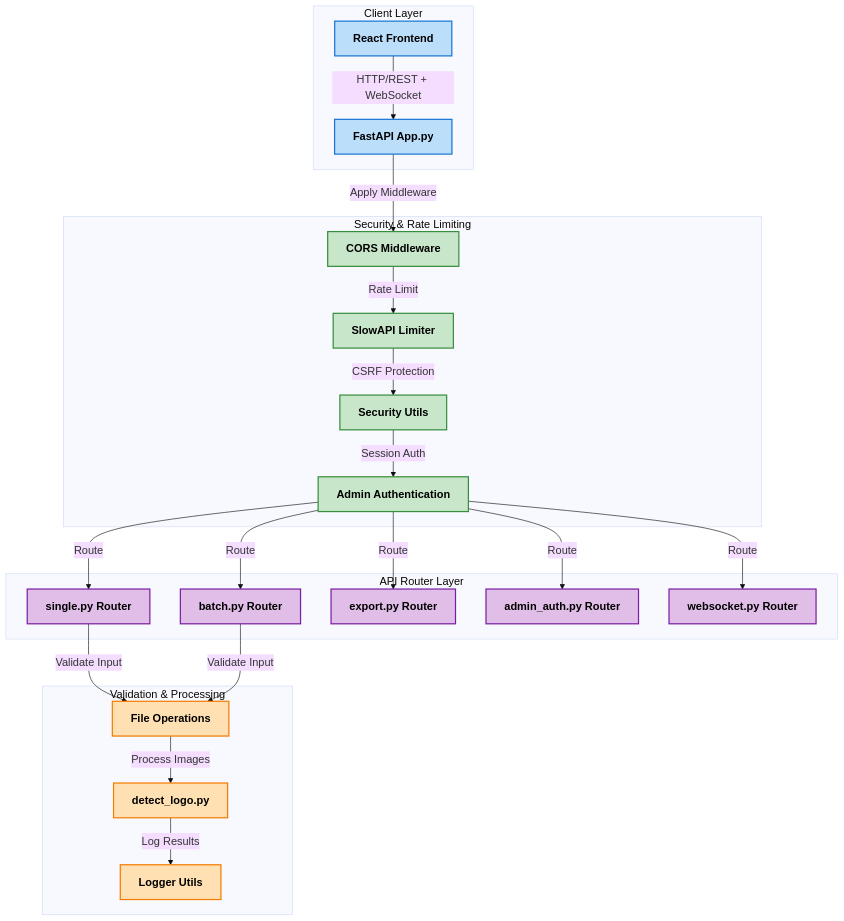
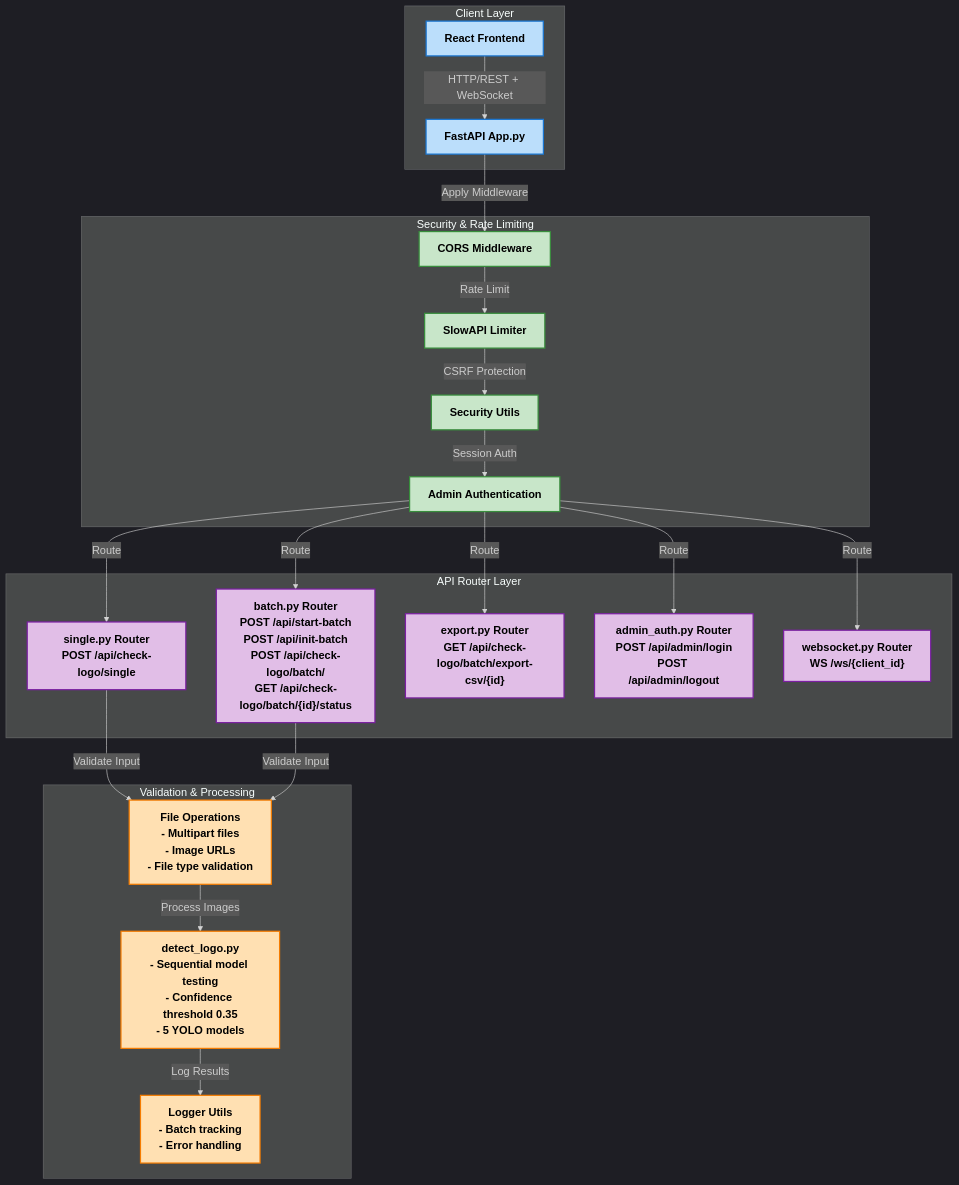
One commit to Dhruv0306/SymphonyProject1 changed the diagram in docs/images/Authentication & API Security Flow.mmd. Above: the diagram before and after it, drawn with Mermaid. The commit also changed 36 other files, not shown here.

First line of the commit message:
docs: enhance architecture and feature documentation

```diff
--- a/docs/images/Authentication & API Security Flow.mmd
+++ b/docs/images/Authentication & API Security Flow.mmd
@@ -1,40 +1,40 @@
-%%{init: {'theme': 'base', 'themeVariables': { 'fontFamily': 'arial', 'fontSize': '18px', 'fontWeight': 'bold'}}}%%
+%%{init: {'theme': 'dark', 'themeVariables': { 'fontFamily': 'arial', 'fontSize': '18px', 'fontWeight': 'bold'}}}%%
 graph TD
     subgraph "Client Layer"
         style A fill:#bbdefb,stroke:#1976d2,stroke-width:2px,color:#000000,font-weight:bold
         style A1 fill:#bbdefb,stroke:#1976d2,stroke-width:2px,color:#000000,font-weight:bold
-        A[React Frontend] -->|"HTTP/REST + WebSocket"| A1[FastAPI App.py]
+        A["React Frontend"] -->|"HTTP/REST + WebSocket"| A1["FastAPI App.py"]
     end
 
     subgraph "Security & Rate Limiting"
         style B fill:#c8e6c9,stroke:#388e3c,stroke-width:2px,color:#000000,font-weight:bold
         style C fill:#c8e6c9,stroke:#388e3c,stroke-width:2px,color:#000000,font-weight:bold
         style D fill:#c8e6c9,stroke:#388e3c,stroke-width:2px,color:#000000,font-weight:bold
         style E fill:#c8e6c9,stroke:#388e3c,stroke-width:2px,color:#000000,font-weight:bold
-        A1 -->|"Apply Middleware"| B[CORS Middleware]
-        B -->|"Rate Limit"| C[SlowAPI Limiter]
-        C -->|"CSRF Protection"| D[Security Utils]
-        D -->|"Session Auth"| E[Admin Authentication]
+        A1 -->|"Apply Middleware"| B["CORS Middleware"]
+        B -->|"Rate Limit"| C["SlowAPI Limiter"]
+        C -->|"CSRF Protection"| D["Security Utils"]
+        D -->|"Session Auth"| E["Admin Authentication"]
     end
 
     subgraph "API Router Layer"
         style F1 fill:#e1bee7,stroke:#7b1fa2,stroke-width:2px,color:#000000,font-weight:bold
         style F2 fill:#e1bee7,stroke:#7b1fa2,stroke-width:2px,color:#000000,font-weight:bold
         style F3 fill:#e1bee7,stroke:#7b1fa2,stroke-width:2px,color:#000000,font-weight:bold
         style F4 fill:#e1bee7,stroke:#7b1fa2,stroke-width:2px,color:#000000,font-weight:bold
         style F5 fill:#e1bee7,stroke:#7b1fa2,stroke-width:2px,color:#000000,font-weight:bold
-        E -->|"Route"| F1[single.py Router]
-        E -->|"Route"| F2[batch.py Router]
-        E -->|"Route"| F3[export.py Router]
-        E -->|"Route"| F4[admin_auth.py Router]
-        E -->|"Route"| F5[websocket.py Router]
+        E -->|"Route"| F1["single.py Router<br/>POST /api/check-logo/single"]
+        E -->|"Route"| F2["batch.py Router<br/>POST /api/start-batch<br/>POST /api/init-batch<br/>POST /api/check-logo/batch/<br/>GET /api/check-logo/batch/{id}/status"]
+        E -->|"Route"| F3["export.py Router<br/>GET /api/check-logo/batch/export-csv/{id}"]
+        E -->|"Route"| F4["admin_auth.py Router<br/>POST /api/admin/login<br/>POST /api/admin/logout"]
+        E -->|"Route"| F5["websocket.py Router<br/>WS /ws/{client_id}"]
     end
 
     subgraph "Validation & Processing"
         style G fill:#ffe0b2,stroke:#f57c00,stroke-width:2px,color:#000000,font-weight:bold
         style H fill:#ffe0b2,stroke:#f57c00,stroke-width:2px,color:#000000,font-weight:bold
         style I fill:#ffe0b2,stroke:#f57c00,stroke-width:2px,color:#000000,font-weight:bold
-        F1 & F2 -->|"Validate Input"| G[File Operations]
-        G -->|"Process Images"| H[detect_logo.py]
-        H -->|"Log Results"| I[Logger Utils]
-    end 
+        F1 & F2 -->|"Validate Input"| G["File Operations<br/>- Multipart files<br/>- Image URLs<br/>- File type validation"]
+        G -->|"Process Images"| H["detect_logo.py<br/>- Sequential model testing<br/>- Confidence threshold 0.35<br/>- 5 YOLO models"]
+        H -->|"Log Results"| I["Logger Utils<br/>- Batch tracking<br/>- Error handling"]
+    end
```
